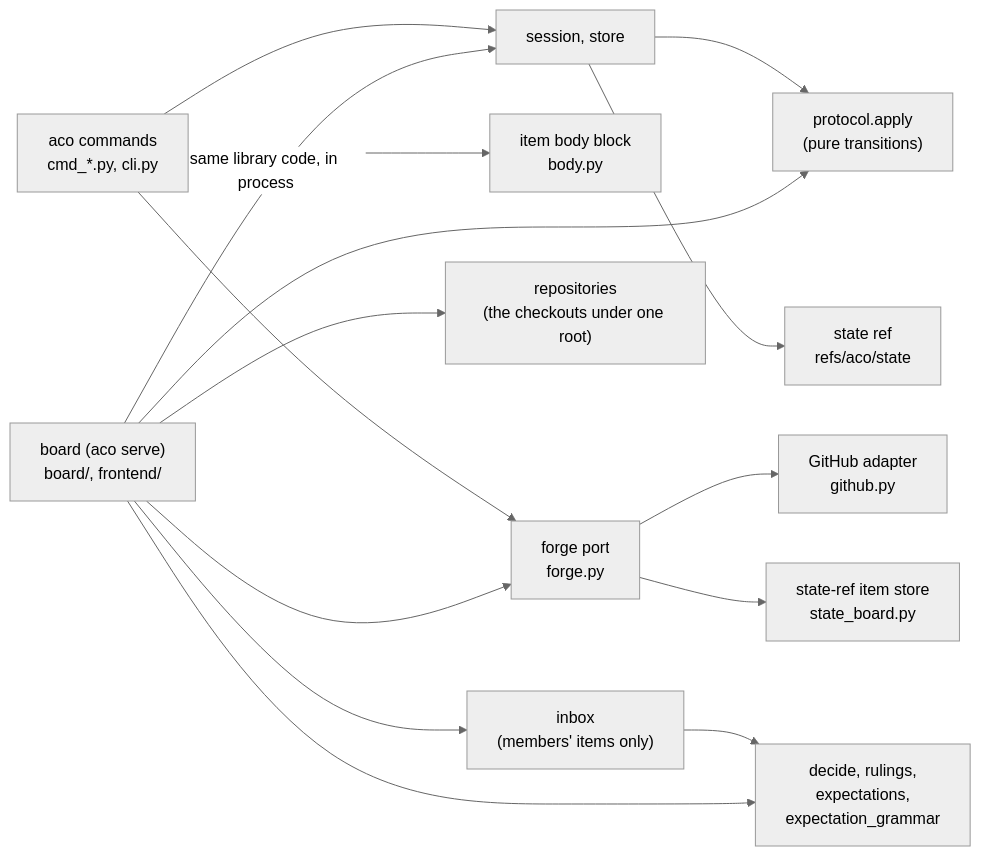
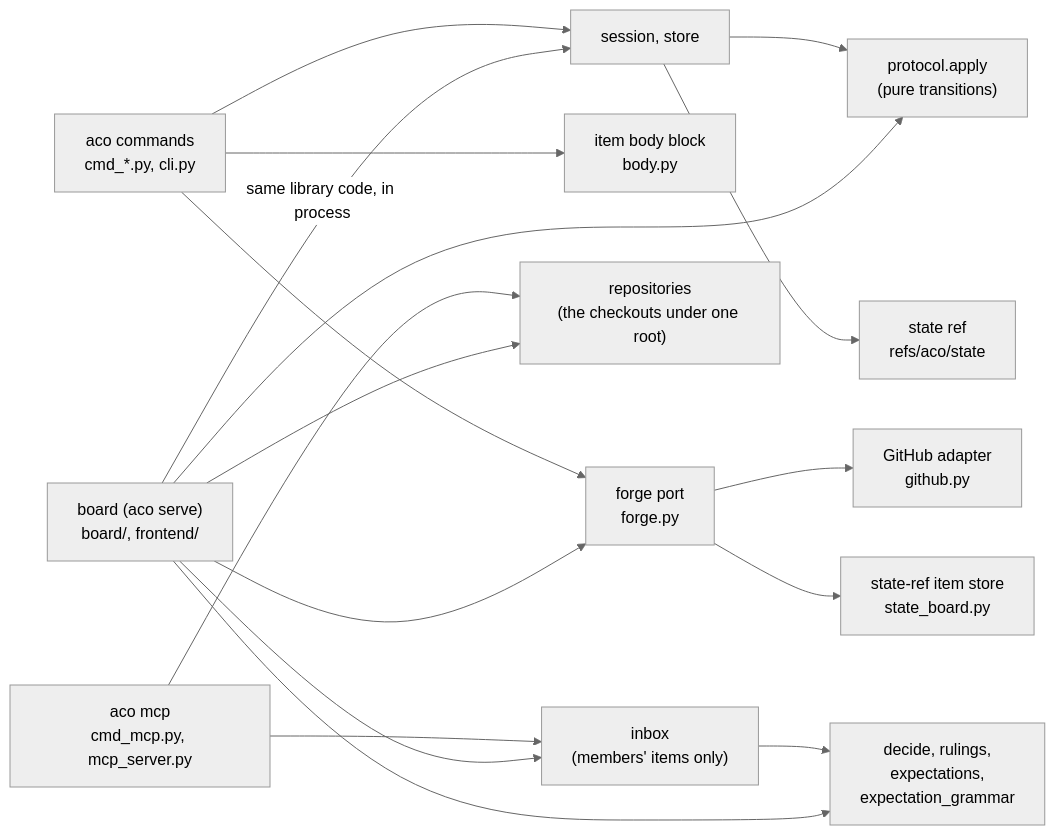
Before and after one commit to overnightworks/aco: the second of 3 diagrams in docs/ARCHITECTURE.md, drawn with Mermaid (neutral theme). The commit also changed other lines of this file and 18 other files, not shown here.

First line of the commit message:
Serve the operator's inbox to agent hosts with aco mcp (#719)

````diff
--- a/docs/ARCHITECTURE.md
+++ b/docs/ARCHITECTURE.md
@@ -29,18 +30,21 @@
 ```mermaid
 flowchart LR
     CLI["aco commands<br/>cmd_*.py, cli.py"] --> Session["session, store"]
     Session --> Protocol["protocol.apply<br/>(pure transitions)"]
     Session --> Store["state ref<br/>refs/aco/state"]
     CLI --> Body["item body block<br/>body.py"]
     CLI --> Port["forge port<br/>forge.py"]
     Port --> GitHub["GitHub adapter<br/>github.py"]
     Port --> StateBoard["state-ref item store<br/>state_board.py"]
     Board["board (aco serve)<br/>board/, frontend/"]
+    Mcp["aco mcp<br/>cmd_mcp.py, mcp_server.py"]
+    Mcp --> Repos
+    Mcp --> Inbox
     Board --> Repos["repositories<br/>(the checkouts under one root)"]
     Board -->|"same library code, in process"| Session
     Board --> Protocol
     Board --> Port
     Board --> Inbox["inbox<br/>(members' items only)"]
     Inbox --> Dec
     Board --> Dec["decide, rulings,<br/>expectations,<br/>expectation_grammar"]
 ```
````
